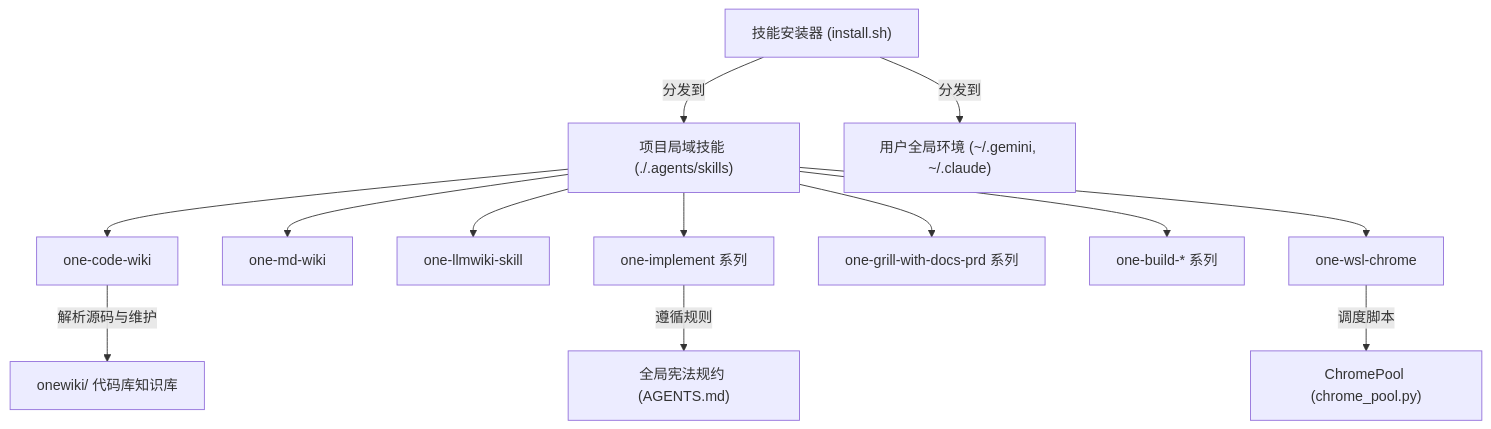
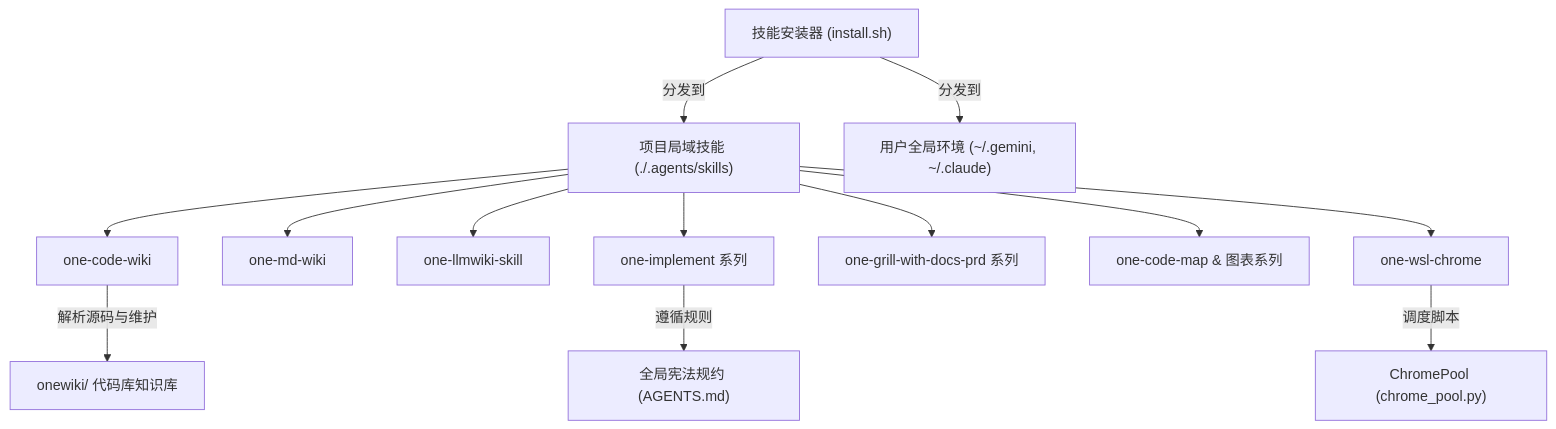
Before and after one commit to wupengbo125/one-skills: the diagram in onewiki/index.md, drawn with Mermaid. The commit also changed other lines of this file and 42 other files, not shown here.

````diff
--- a/onewiki/index.md
+++ b/onewiki/index.md
@@ -27,17 +34,17 @@
 ```mermaid
 flowchart TD
     Installer["技能安装器 (install.sh)"] -->|分发到| AgentsDir["项目局域技能 (./.agents/skills)"]
     Installer -->|分发到| UserGlobal["用户全局环境 (~/.gemini, ~/.claude)"]
     
     AgentsDir --> CodeWiki["one-code-wiki"]
     AgentsDir --> MDWiki["one-md-wiki"]
     AgentsDir --> LLMWiki["one-llmwiki-skill"]
     AgentsDir --> Impl["one-implement 系列"]
     AgentsDir --> Grill["one-grill-with-docs-prd 系列"]
-    AgentsDir --> Vis["one-build-* 系列"]
+    AgentsDir --> Vis["one-code-map & 图表系列"]
     AgentsDir --> Chrome["one-wsl-chrome"]
     
     CodeWiki -->|解析源码与维护| OneWikiDir["onewiki/ 代码库知识库"]
     Impl -->|遵循规则| Rules["全局宪法规约 (AGENTS.md)"]
     Chrome -->|调度脚本| ChromePool["ChromePool (chrome_pool.py)"]
 ```
````
